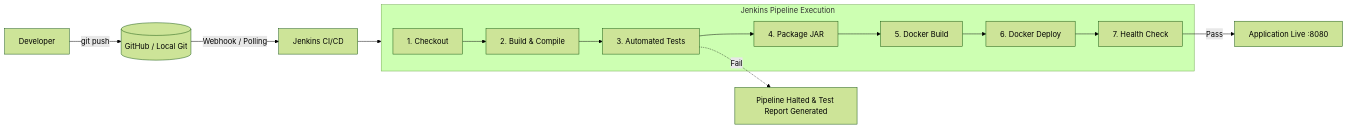
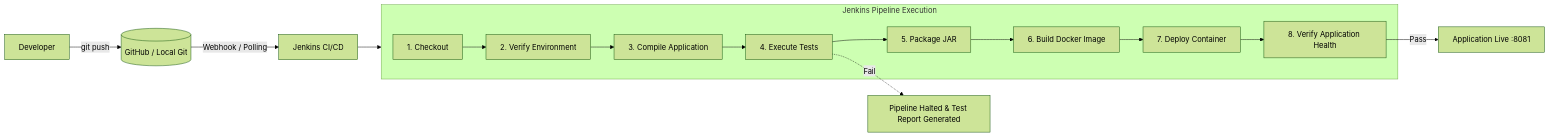
One commit to amritkiyursmilx-ux/devops-student-management changed the diagram in README.md. Above: the diagram before and after it, drawn with Mermaid (forest theme). The commit also changed other lines of this file, not shown here.

````diff
--- a/README.md
+++ b/README.md
@@ -59,18 +60,19 @@
 ```mermaid
 flowchart LR
     Dev[Developer] -->|git push| Git[(GitHub / Local Git)]
     Git -->|Webhook / Polling| Jenkins[Jenkins CI/CD]
     
     subgraph Pipeline [Jenkins Pipeline Execution]
-        S1[1. Checkout] --> S2[2. Build & Compile]
-        S2 --> S3[3. Automated Tests]
-        S3 --> S4[4. Package JAR]
-        S4 --> S5[5. Docker Build]
-        S5 --> S6[6. Docker Deploy]
-        S6 --> S7[7. Health Check]
+        S1[1. Checkout] --> S2[2. Verify Environment]
+        S2 --> S3[3. Compile Application]
+        S3 --> S4[4. Execute Tests]
+        S4 --> S5[5. Package JAR]
+        S5 --> S6[6. Build Docker Image]
+        S6 --> S7[7. Deploy Container]
+        S7 --> S8[8. Verify Application Health]
     end
     
     Jenkins --> Pipeline
-    S7 -->|Pass| Success[Application Live :8080]
-    S3 -.->|Fail| Halt[Pipeline Halted & Test Report Generated]
+    S8 -->|Pass| Success[Application Live :8081]
+    S4 -.->|Fail| Halt[Pipeline Halted & Test Report Generated]
 ```
````
